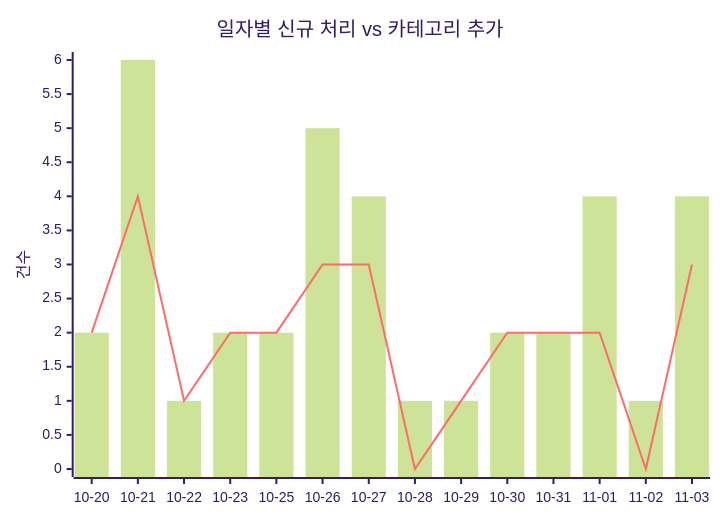
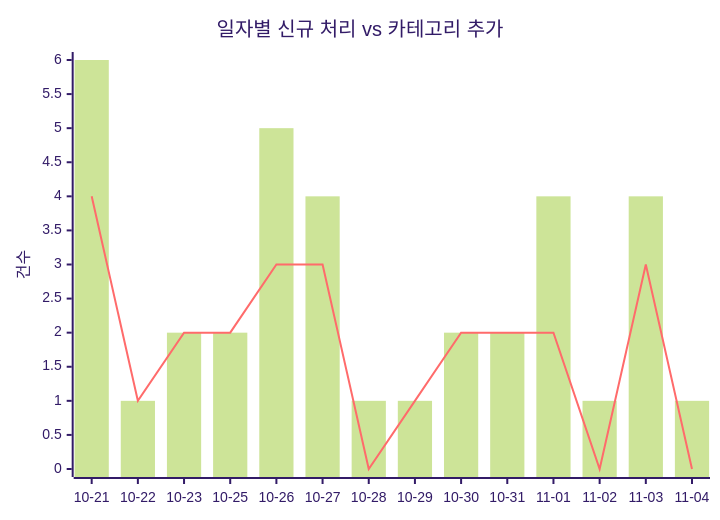
The first of 2 diagrams in docs/trends.md (J-nowcow/awesome-korean-agent-skills), drawn with Mermaid (forest theme) before and after one commit. The commit also changed other lines of this file and 2 other files, not shown here.

````diff
--- a/docs/trends.md
+++ b/docs/trends.md
@@ -32,8 +32,8 @@
 ```mermaid
 xychart-beta
     title "일자별 신규 처리 vs 카테고리 추가"
-    x-axis ["10-20","10-21","10-22","10-23","10-25","10-26","10-27","10-28","10-29","10-30","10-31","11-01","11-02","11-03"]
+    x-axis ["10-21","10-22","10-23","10-25","10-26","10-27","10-28","10-29","10-30","10-31","11-01","11-02","11-03","11-04"]
     y-axis "건수"
-    bar [2,6,1,2,2,5,4,1,1,2,2,4,1,4]
-    line [2,4,1,2,2,3,3,0,1,2,2,2,0,3]
+    bar [6,1,2,2,5,4,1,1,2,2,4,1,4,1]
+    line [4,1,2,2,3,3,0,1,2,2,2,0,3,0]
 ```
````
